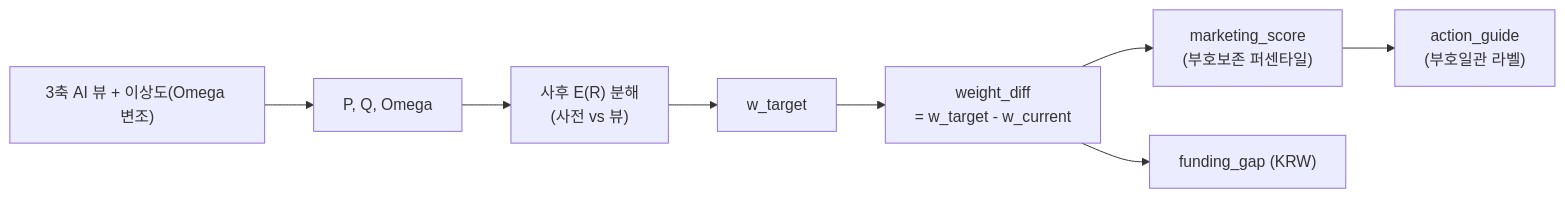
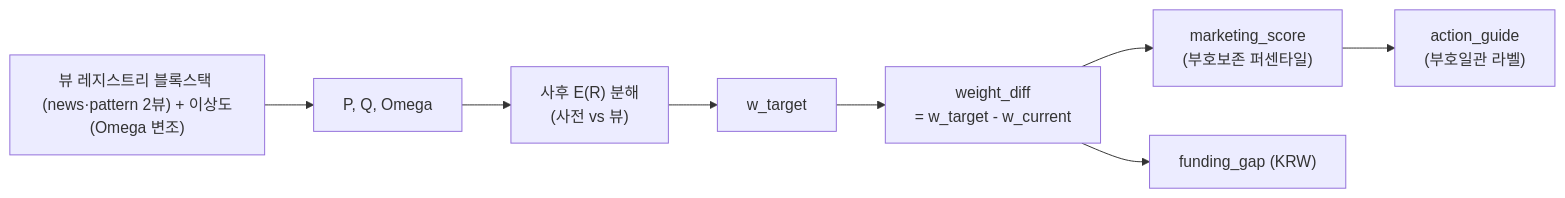
One commit to blunderblus/black_litterman_project changed the second of 2 diagrams in docs/concept/04-ai-augmentation-and-explainability.md. Above: the diagram before and after it, drawn with Mermaid. The commit also changed other lines of this file and 23 other files, not shown here.

First line of the commit message:
feat(engine,eval)+docs+test: E3a — 뷰 레지스트리 블록스택 (단일 Q 병합 → 독립뷰 + off-diag 동등성)

````diff
--- a/docs/concept/04-ai-augmentation-and-explainability.md
+++ b/docs/concept/04-ai-augmentation-and-explainability.md
@@ -131,10 +132,10 @@
 ```mermaid
 flowchart LR
-  A["3축 AI 뷰 + 이상도(Omega 변조)"] --> B["P, Q, Omega"]
+  A["뷰 레지스트리 블록스택 (news·pattern 2뷰) + 이상도(Omega 변조)"] --> B["P, Q, Omega"]
   B --> C["사후 E(R) 분해<br/>(사전 vs 뷰)"]
   C --> D["w_target"]
   D --> E["weight_diff<br/>= w_target - w_current"]
   E --> F["marketing_score<br/>(부호보존 퍼센타일)"]
   F --> G["action_guide<br/>(부호일관 라벨)"]
   E --> H["funding_gap (KRW)"]
 ```
````
